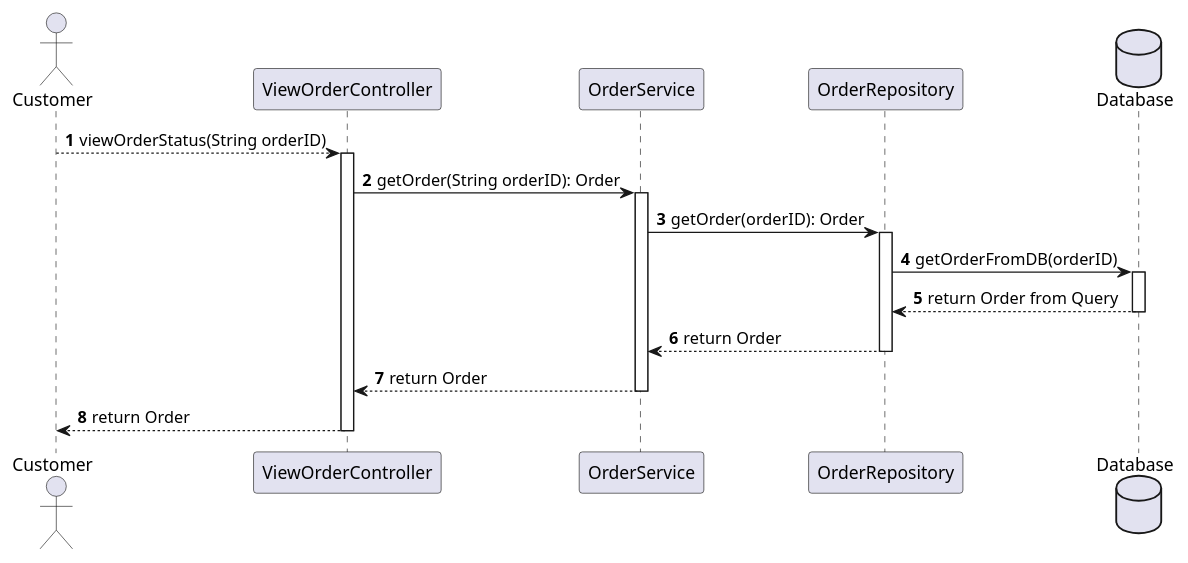
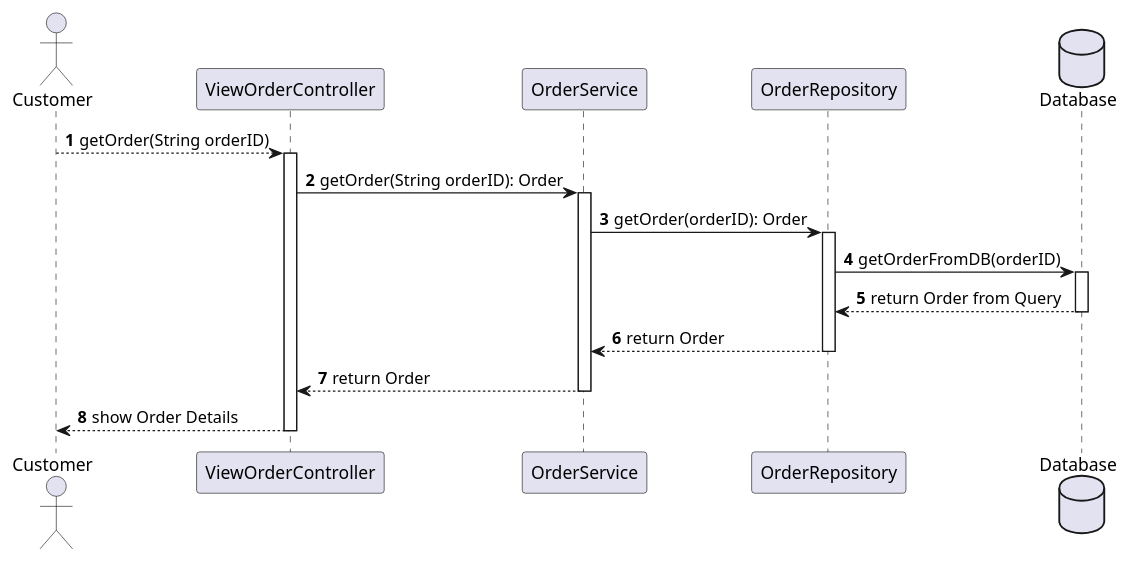
Before and after one commit to ljbg1996/car-backend: the diagram in Phase_1/SequenceViewProductsWithOrderId.puml, drawn with PlantUML. The commit also changed 1 other file, not shown here.

```diff
--- a/Phase_1/SequenceViewProductsWithOrderId.puml
+++ b/Phase_1/SequenceViewProductsWithOrderId.puml
@@ -1,32 +1,32 @@
 @startuml
 'https://plantuml.com/sequence-diagram
 
 autonumber
 
 Actor Customer as c
 Participant ViewOrderController as voc
 Participant OrderService as os
 Participant OrderRepository as or
 
 database Database as db
 
-c --->voc:viewOrderStatus(String orderID)
+c --->voc:getOrder(String orderID)
 activate voc
 voc -> os:getOrder(String orderID): Order
 activate os
 os -> or: getOrder(orderID): Order
 activate or
 or->db: getOrderFromDB(orderID)
 activate db
 db-->or: return Order from Query
 deactivate db
 
 or-->os: return Order
 deactivate or
 
 os-->voc: return Order
 deactivate os
-voc-->c: return Order
+voc-->c: show Order Details
 deactivate voc
 
 @enduml
```
